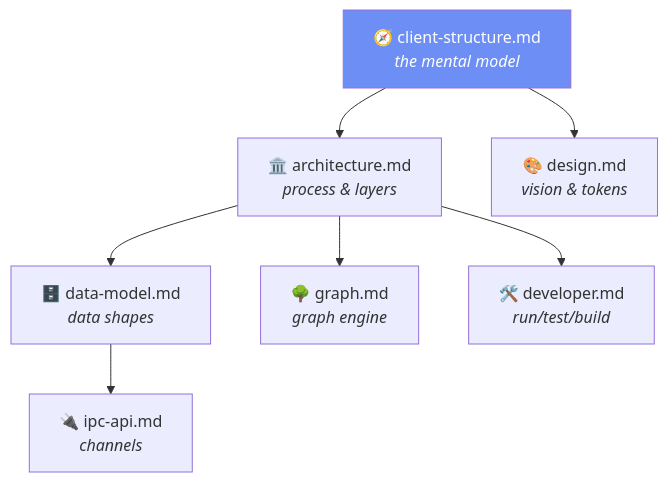
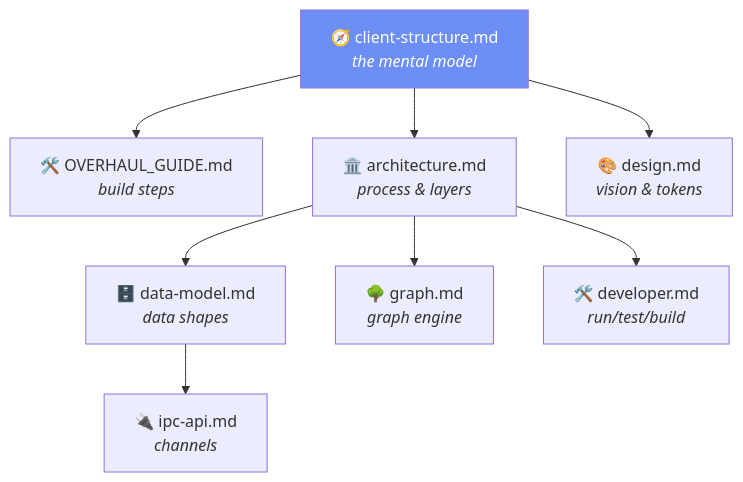
The diagram in docs/README.md (TommyChan6/ModernFamilyTree), drawn with Mermaid before and after one commit. The commit also changed other lines of this file and 7 other files, not shown here.

````diff
--- a/docs/README.md
+++ b/docs/README.md
@@ -20,17 +21,19 @@
 ```mermaid
 flowchart TD
     CS["🧭 client-structure.md<br/><i>the mental model</i>"]
+    OG["🛠️ OVERHAUL_GUIDE.md<br/><i>build steps</i>"]
     ARCH["🏛️ architecture.md<br/><i>process & layers</i>"]
     DM["🗄️ data-model.md<br/><i>data shapes</i>"]
     IPC["🔌 ipc-api.md<br/><i>channels</i>"]
     GRAPH["🌳 graph.md<br/><i>graph engine</i>"]
     DES["🎨 design.md<br/><i>vision & tokens</i>"]
     DEV["🛠️ developer.md<br/><i>run/test/build</i>"]
 
     CS --> ARCH --> DM --> IPC
     ARCH --> GRAPH
     CS --> DES
+    CS --> OG
     ARCH --> DEV
 
     style CS fill:#6c8ef5,color:#fff
 ```
````
